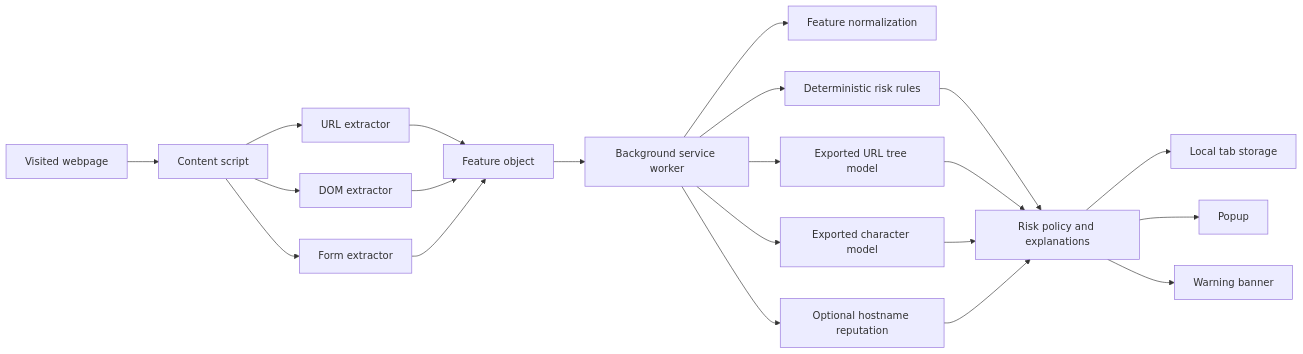
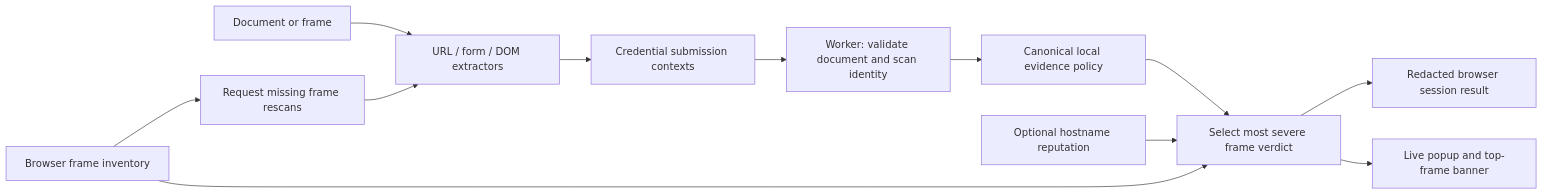
Before and after one commit to secret-coder111/MINOR2: the diagram in docs/architecture.md, drawn with Mermaid. The commit also changed other lines of this file and 183 other files, not shown here.

First line of the commit message:
Update PhishGuard detection, warning UI, demos, and URL checker

````diff
--- a/docs/architecture.md
+++ b/docs/architecture.md
@@ -37,23 +8,14 @@
 ```mermaid
 flowchart LR
-    A[Visited webpage] --> B[Content script]
-    B --> C[URL extractor]
-    B --> D[DOM extractor]
-    B --> E[Form extractor]
-    C --> F[Feature object]
-    D --> F
-    E --> F
-    F --> G[Background service worker]
-    G --> H[Feature normalization]
-    G --> I[Deterministic risk rules]
-    G --> J[Exported URL tree model]
-    G --> K[Exported character model]
-    G --> L[Optional hostname reputation]
-    I --> M[Risk policy and explanations]
-    J --> M
-    K --> M
-    L --> M
-    M --> N[Local tab storage]
-    M --> O[Popup]
-    M --> P[Warning banner]
+  P[Document or frame] --> X[URL / form / DOM extractors]
+  X --> C[Credential submission contexts]
+  C --> W[Worker: validate document and scan identity]
+  W --> R[Canonical local evidence policy]
+  R --> A[Select most severe frame verdict]
+  H[Optional hostname reputation] --> A
+  I[Browser frame inventory] --> A
+  A --> S[Redacted browser session result]
+  A --> U[Live popup and top-frame banner]
+  I --> Q[Request missing frame rescans]
+  Q --> X
 ```
````
